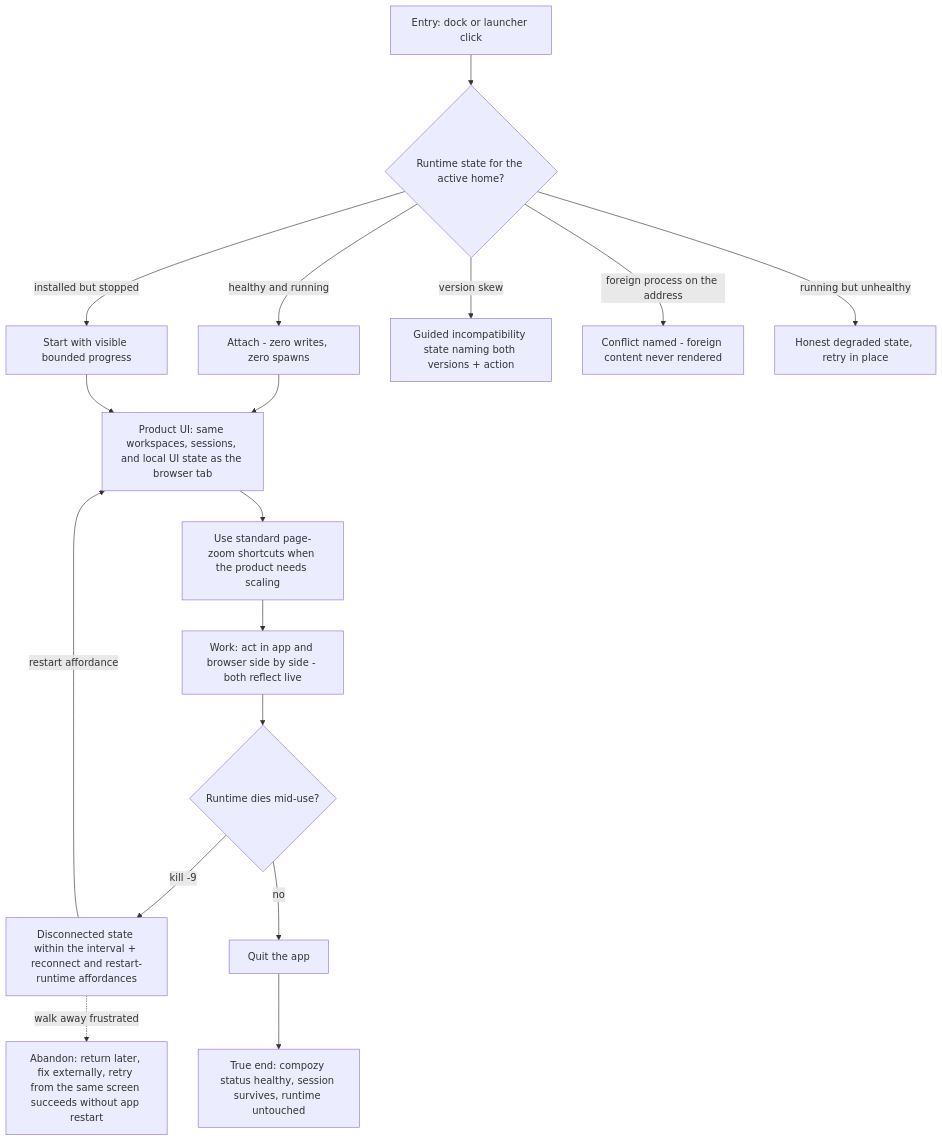
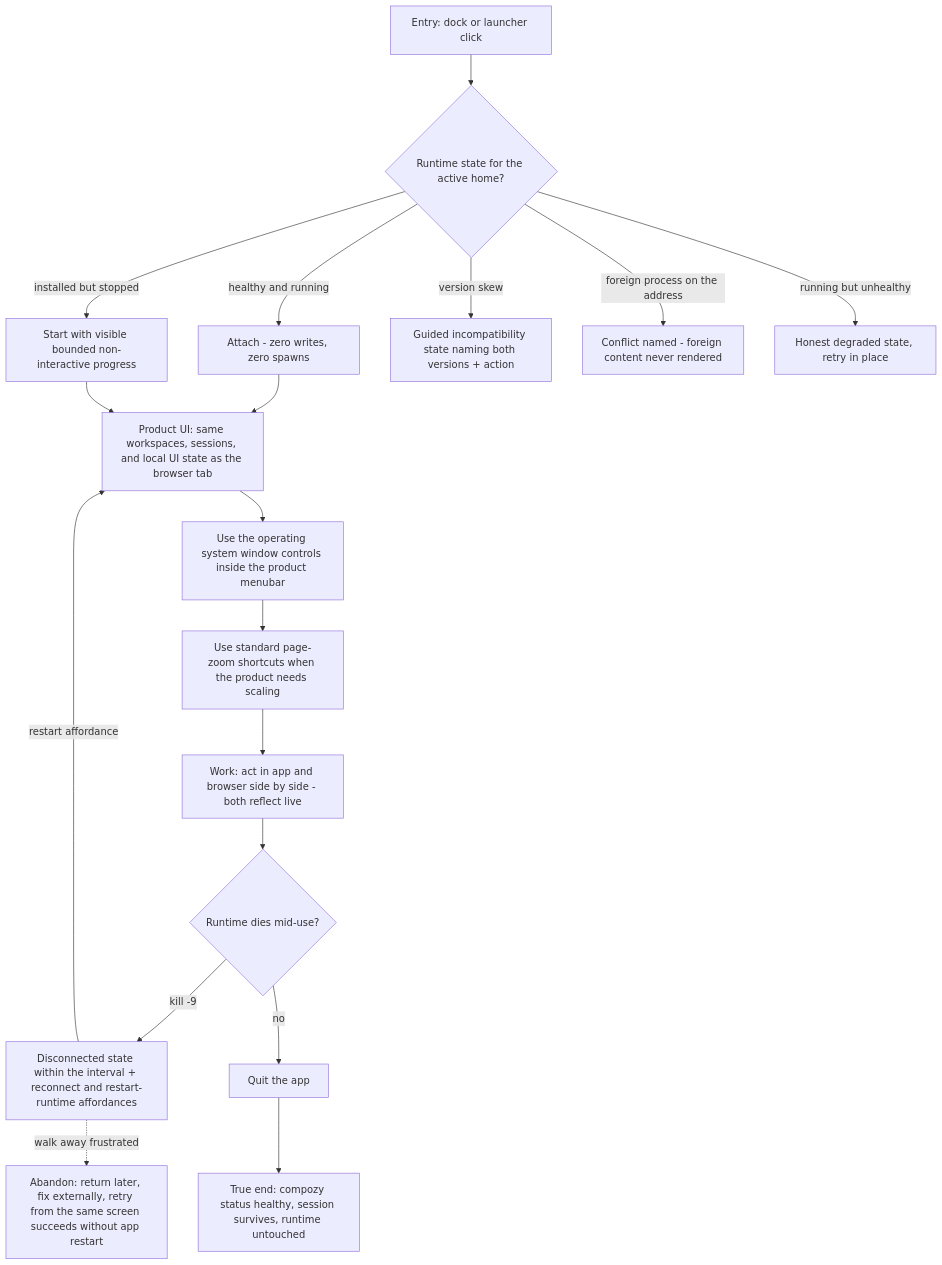
The diagram in docs/qa/journeys/J-desktop-attach-daily.md (compozy/compozy), drawn with Mermaid before and after one commit. The commit also changed other lines of this file and 517 other files, not shown here.

````diff
--- a/docs/qa/journeys/J-desktop-attach-daily.md
+++ b/docs/qa/journeys/J-desktop-attach-daily.md
@@ -7,19 +7,20 @@
 ```mermaid
 flowchart TD
     A[Entry: dock or launcher click] --> B{Runtime state for the active home?}
     B -->|healthy and running| C[Attach - zero writes, zero spawns]
-    B -->|installed but stopped| D[Start with visible bounded progress]
+    B -->|installed but stopped| D[Start with visible bounded non-interactive progress]
     B -->|version skew| E[Guided incompatibility state naming both versions + action]
     B -->|foreign process on the address| F[Conflict named - foreign content never rendered]
     B -->|running but unhealthy| G[Honest degraded state, retry in place]
     C --> H[Product UI: same workspaces, sessions, and local UI state as the browser tab]
     D --> H
-    H --> Z[Use standard page-zoom shortcuts when the product needs scaling]
+    H --> N[Use the operating system window controls inside the product menubar]
+    N --> Z[Use standard page-zoom shortcuts when the product needs scaling]
     Z --> I[Work: act in app and browser side by side - both reflect live]
     I --> J{Runtime dies mid-use?}
     J -->|kill -9| K[Disconnected state within the interval + reconnect and restart-runtime affordances]
     K -->|restart affordance| H
     J -->|no| L[Quit the app]
     L --> M[True end: compozy status healthy, session survives, runtime untouched]
     K -.->|walk away frustrated| X1[Abandon: return later, fix externally, retry from the same screen succeeds without app restart]
 ```
````
